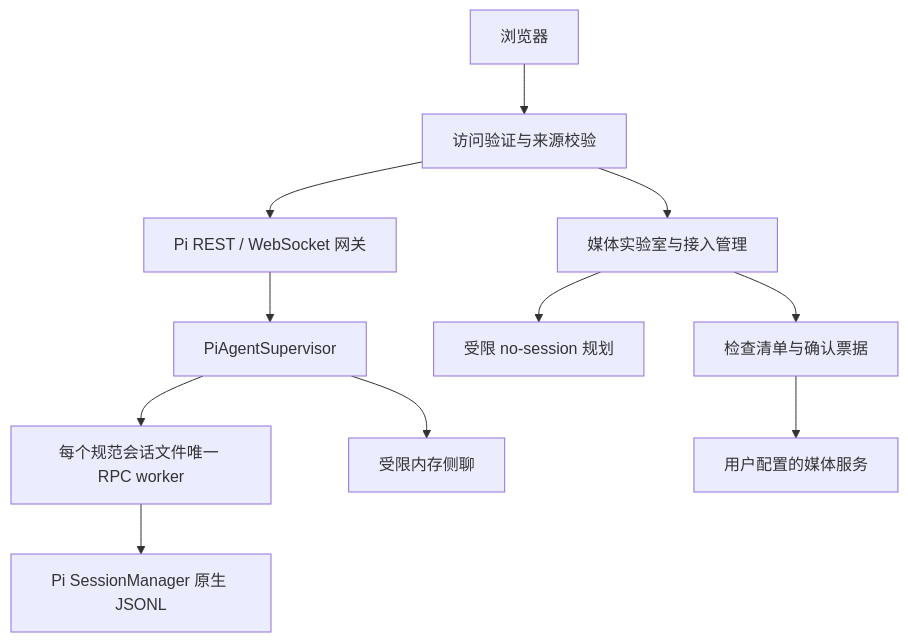
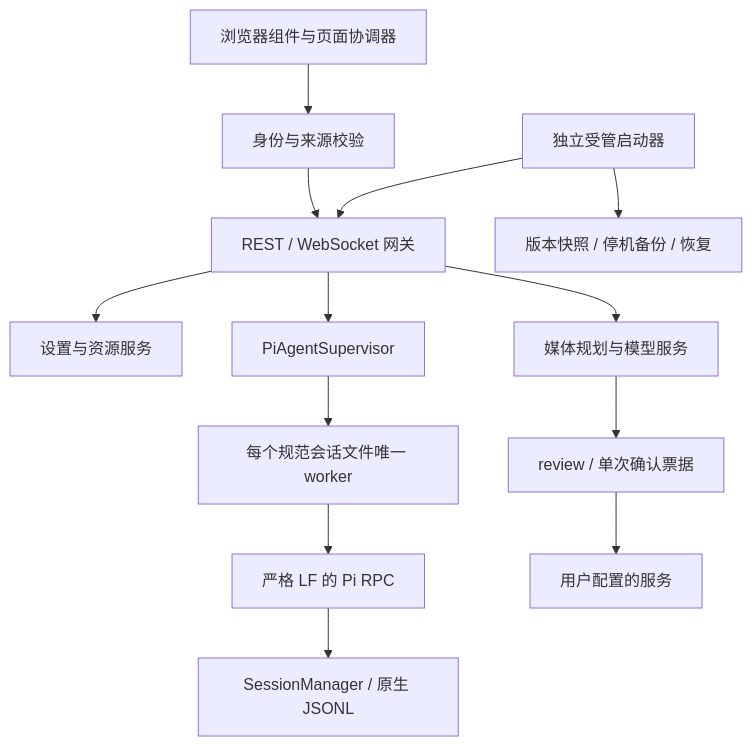
One commit to YogurtJ/pivane changed the diagram in docs/development/ARCHITECTURE.md. Above: the diagram before and after it, drawn with Mermaid. The commit also changed other lines of this file and 88 other files, not shown here.

````diff
--- a/docs/development/ARCHITECTURE.md
+++ b/docs/development/ARCHITECTURE.md
@@ -5,13 +7,15 @@
 ```mermaid
 flowchart TD
-  Browser[浏览器] --> Access[访问验证与来源校验]
-  Access --> Gateway[Pi REST / WebSocket 网关]
-  Access --> Media[媒体实验室与接入管理]
+  Browser[浏览器组件与页面协调器] --> Access[身份与来源校验]
+  Access --> Gateway[REST / WebSocket 网关]
+  Gateway --> Settings[设置与资源服务]
   Gateway --> Supervisor[PiAgentSupervisor]
-  Supervisor --> Main[每个规范会话文件唯一 RPC worker]
-  Main --> Session[Pi SessionManager 原生 JSONL]
-  Supervisor --> Side[受限内存侧聊]
-  Media --> Planner[受限 no-session 规划]
-  Media --> Ticket[检查清单与确认票据]
-  Ticket --> Provider[用户配置的媒体服务]
+  Supervisor --> Worker[每个规范会话文件唯一 worker]
+  Worker --> RPC[严格 LF 的 Pi RPC]
+  RPC --> Native[SessionManager / 原生 JSONL]
+  Gateway --> Media[媒体规划与模型服务]
+  Media --> Ticket[review / 单次确认票据]
+  Ticket --> Provider[用户配置的服务]
+  Launcher[独立受管启动器] --> Gateway
+  Launcher --> Release[版本快照 / 停机备份 / 恢复]
 ```
````
